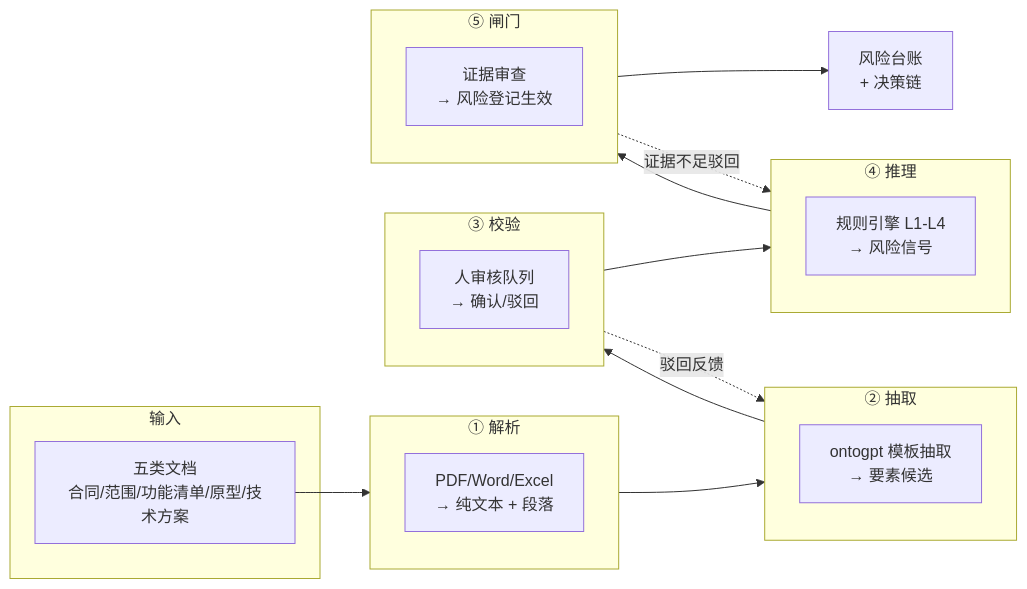
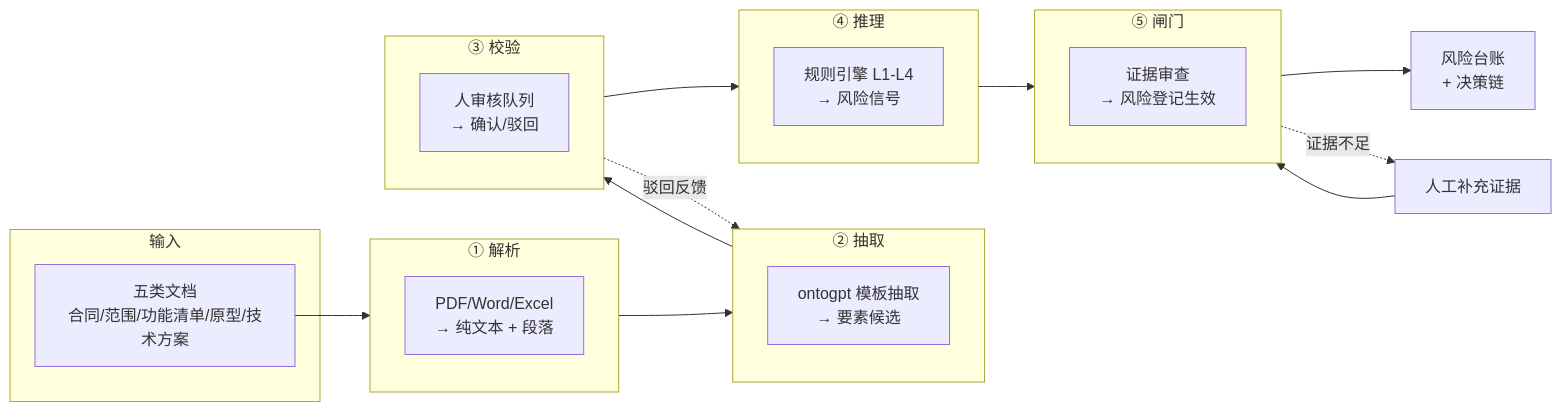
The fourth of 16 diagrams in Ontology/方案/项目风险管控工具设计方案-v1.0.md (sealzrt/2026-08--agent), drawn with Mermaid before and after one commit. The commit also changed other lines of this file, not shown here.

````diff
--- a/Ontology/方案/项目风险管控工具设计方案-v1.0.md
+++ b/Ontology/方案/项目风险管控工具设计方案-v1.0.md
@@ -211,26 +212,26 @@
 ```mermaid
 flowchart LR
     subgraph 输入
         IN[五类文档<br/>合同/范围/功能清单/原型/技术方案]
     end
     subgraph S1[① 解析]
         P1[PDF/Word/Excel<br/>→ 纯文本 + 段落]
     end
     subgraph S2[② 抽取]
         P2[ontogpt 模板抽取<br/>→ 要素候选]
     end
     subgraph S3[③ 校验]
         P3[人审核队列<br/>→ 确认/驳回]
     end
     subgraph S4[④ 推理]
         P4[规则引擎 L1-L4<br/>→ 风险信号]
     end
     subgraph S5[⑤ 闸门]
         P5[证据审查<br/>→ 风险登记生效]
     end
     OUT[风险台账<br/>+ 决策链]
 
     IN --> S1 --> S2 --> S3 --> S4 --> S5 --> OUT
     S3 -.驳回反馈.-> S2
-    S5 -.证据不足驳回.-> S4
+    S5 -.证据不足.-> FIX[人工补充证据] --> S5
 ```
````
